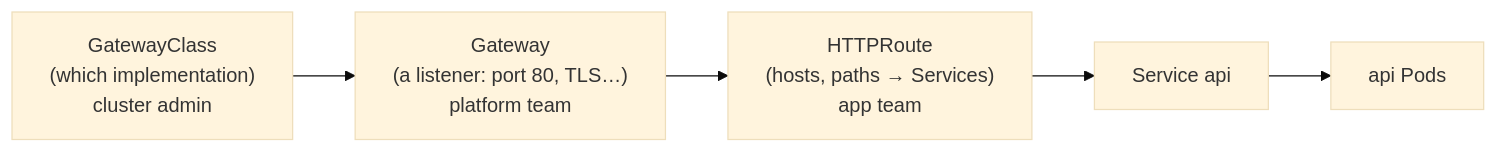
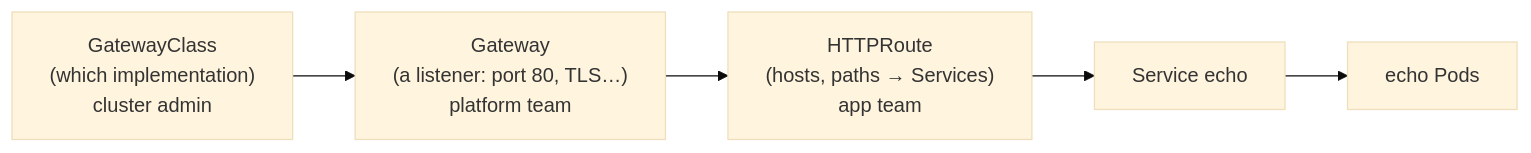
One commit to jawwadzafar/zero-to-prod changed the second of 2 diagrams in docs/kubernetes/networking-and-ingress.mdx. Above: the diagram before and after it, drawn with Mermaid (base theme). The commit also changed other lines of this file and 1 other file, not shown here.

````diff
--- a/docs/kubernetes/networking-and-ingress.mdx
+++ b/docs/kubernetes/networking-and-ingress.mdx
@@ -122,6 +133,6 @@
 ```mermaid
 flowchart LR
   GC["GatewayClass<br/>(which implementation)<br/>cluster admin"] --> GW["Gateway<br/>(a listener: port 80, TLS…)<br/>platform team"]
   GW --> R["HTTPRoute<br/>(hosts, paths → Services)<br/>app team"]
-  R --> S["Service api"] --> P["api Pods"]
+  R --> S["Service echo"] --> P["echo Pods"]
 ```
````
